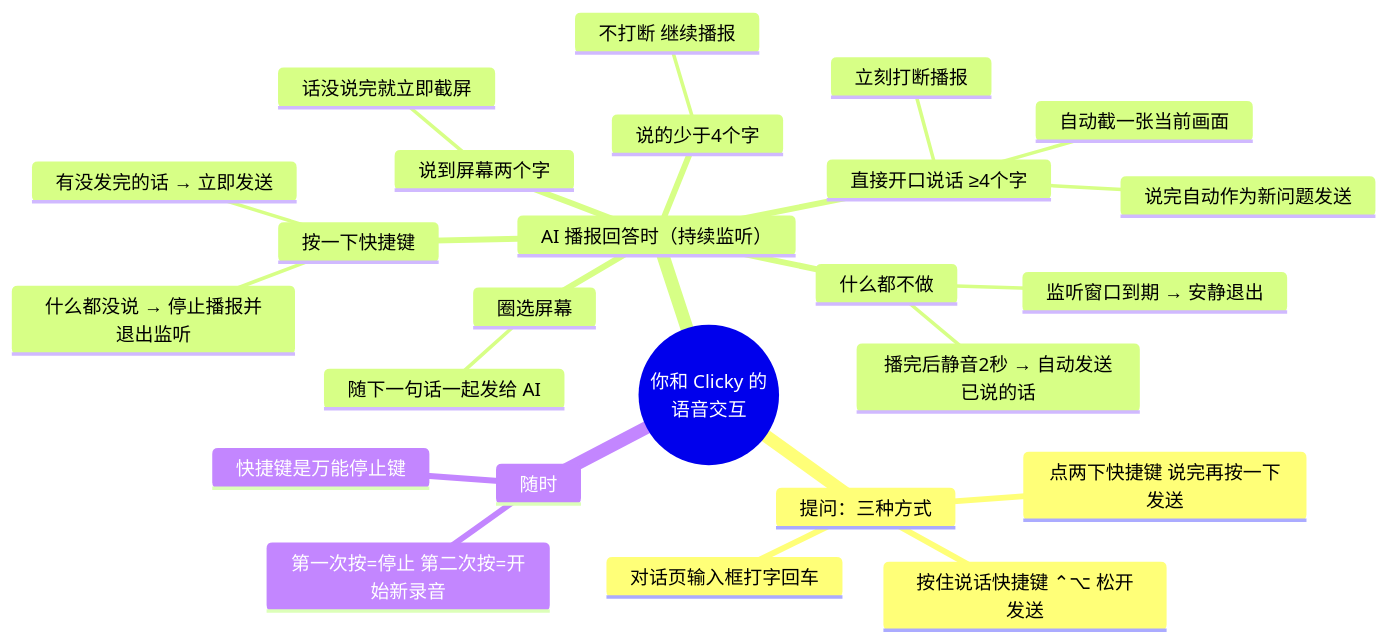
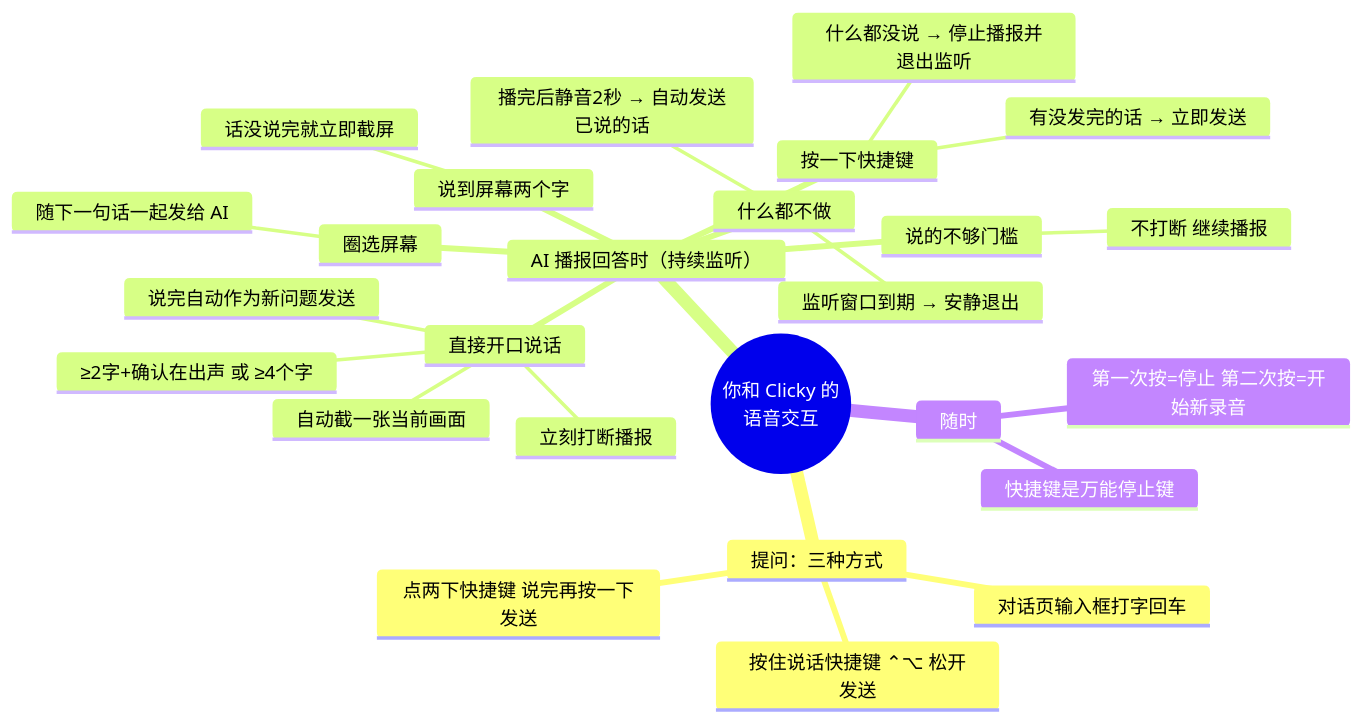
One commit to nash-aigc/clicky changed the diagram in 解决方案/01-语音打断与持续监听.md. Above: the diagram before and after it, drawn with Mermaid. The commit also changed other lines of this file and 3 other files, not shown here.

````diff
--- a/解决方案/01-语音打断与持续监听.md
+++ b/解决方案/01-语音打断与持续监听.md
@@ -84,28 +106,29 @@
 ```mermaid
 mindmap
   root((你和 Clicky 的<br/>语音交互))
     提问：三种方式
       按住说话快捷键 ⌃⌥ 松开发送
       点两下快捷键 说完再按一下发送
       对话页输入框打字回车
     AI 播报回答时（持续监听）
-      直接开口说话 ≥4个字
+      直接开口说话
+        ≥2字+确认在出声 或 ≥4个字
         立刻打断播报
         自动截一张当前画面
         说完自动作为新问题发送
-      说的少于4个字
+      说的不够门槛
         不打断 继续播报
       按一下快捷键
         有没发完的话 → 立即发送
         什么都没说 → 停止播报并退出监听
       什么都不做
         播完后静音2秒 → 自动发送已说的话
         监听窗口到期 → 安静退出
       说到屏幕两个字
         话没说完就立即截屏
       圈选屏幕
         随下一句话一起发给 AI
     随时
       快捷键是万能停止键
       第一次按=停止 第二次按=开始新录音
 ```
````
